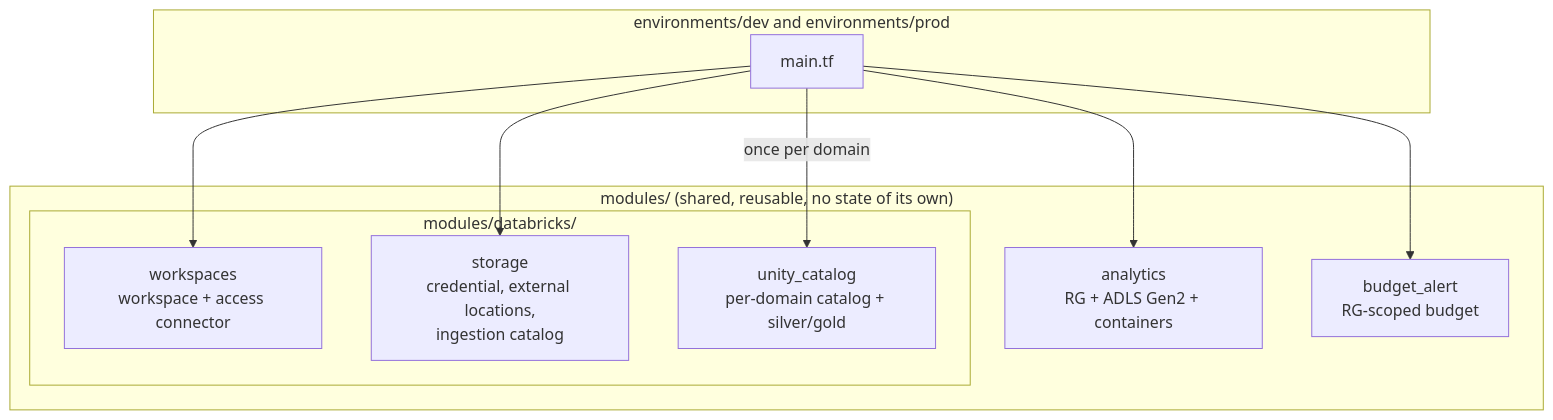
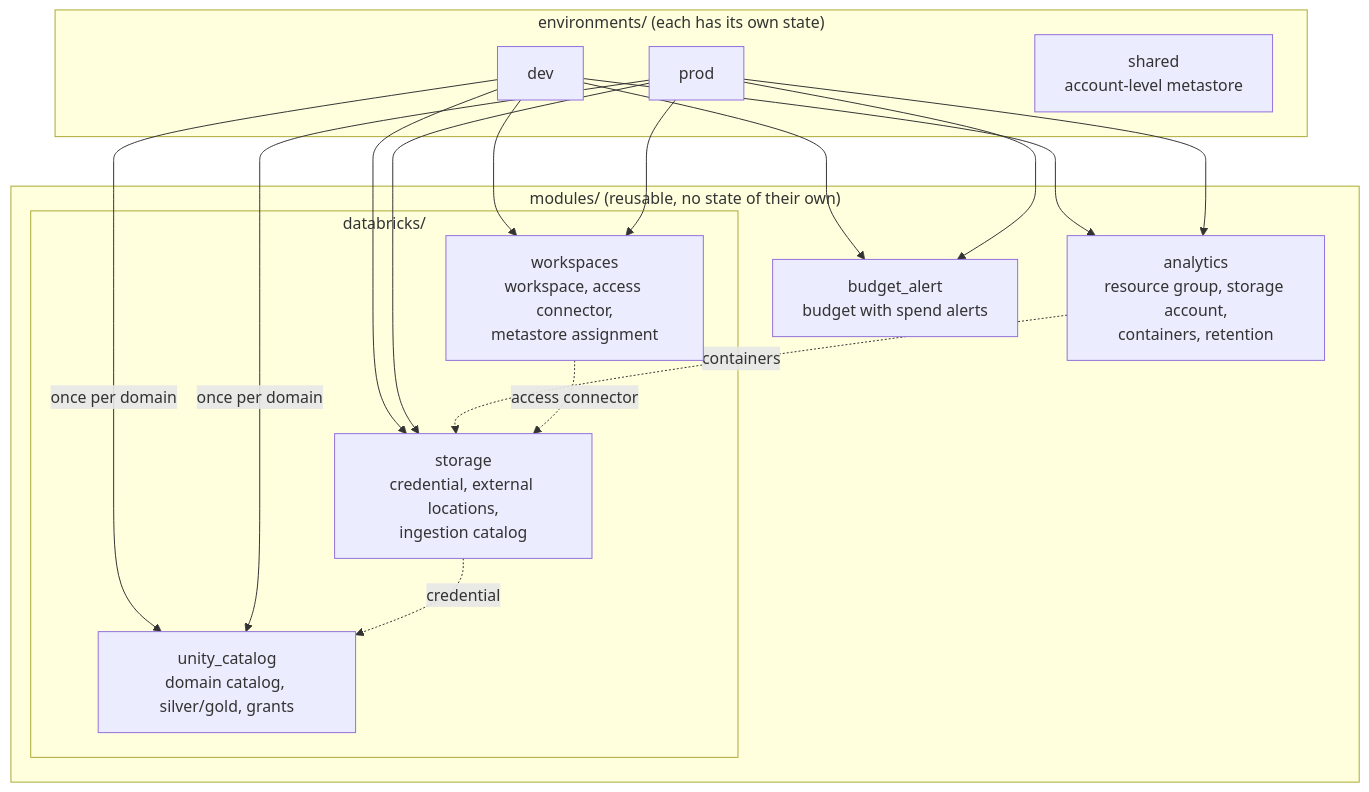
One commit to oseliocandido/terraform-azure changed the third of 4 diagrams in README.md. Above: the diagram before and after it, drawn with Mermaid. The commit also changed other lines of this file and 3 other files, not shown here.

First line of the commit message:
Shorter business-only PRD, fuller README with diagrams, object-level IMPLEMENTATION

````diff
--- a/README.md
+++ b/README.md
@@ -43,20 +73,26 @@
 ```mermaid
 flowchart TB
-    subgraph modules["modules/ (shared, reusable, no state of its own)"]
-        AG["analytics\nRG + ADLS Gen2 + containers"]
-        BA["budget_alert\nRG-scoped budget"]
-        subgraph dbx["modules/databricks/"]
-            WS["workspaces\nworkspace + access connector"]
-            ST["storage\ncredential, external locations,\ningestion catalog"]
-            UC["unity_catalog\nper-domain catalog + silver/gold"]
+    subgraph modules["modules/ (reusable, no state of their own)"]
+        AG["analytics<br/>resource group, storage account,<br/>containers, retention"]
+        BA["budget_alert<br/>budget with spend alerts"]
+        subgraph dbx["databricks/"]
+            WS["workspaces<br/>workspace, access connector,<br/>metastore assignment"]
+            ST["storage<br/>credential, external locations,<br/>ingestion catalog"]
+            UC["unity_catalog<br/>domain catalog, silver/gold, grants"]
         end
     end
 
-    subgraph env["environments/dev and environments/prod"]
-        M["main.tf"] --> AG
-        M --> BA
-        M --> WS
-        M --> ST
-        M -->|"once per domain"| UC
+    subgraph roots["environments/ (each has its own state)"]
+        DEV["dev"]
+        PROD["prod"]
+        SHARED["shared<br/>account-level metastore"]
     end
+
+    DEV --> AG & BA & WS & ST
+    DEV -->|"once per domain"| UC
+    PROD --> AG & BA & WS & ST
+    PROD -->|"once per domain"| UC
+    AG -. containers .-> ST
+    WS -. access connector .-> ST
+    ST -. credential .-> UC
 ```
````
